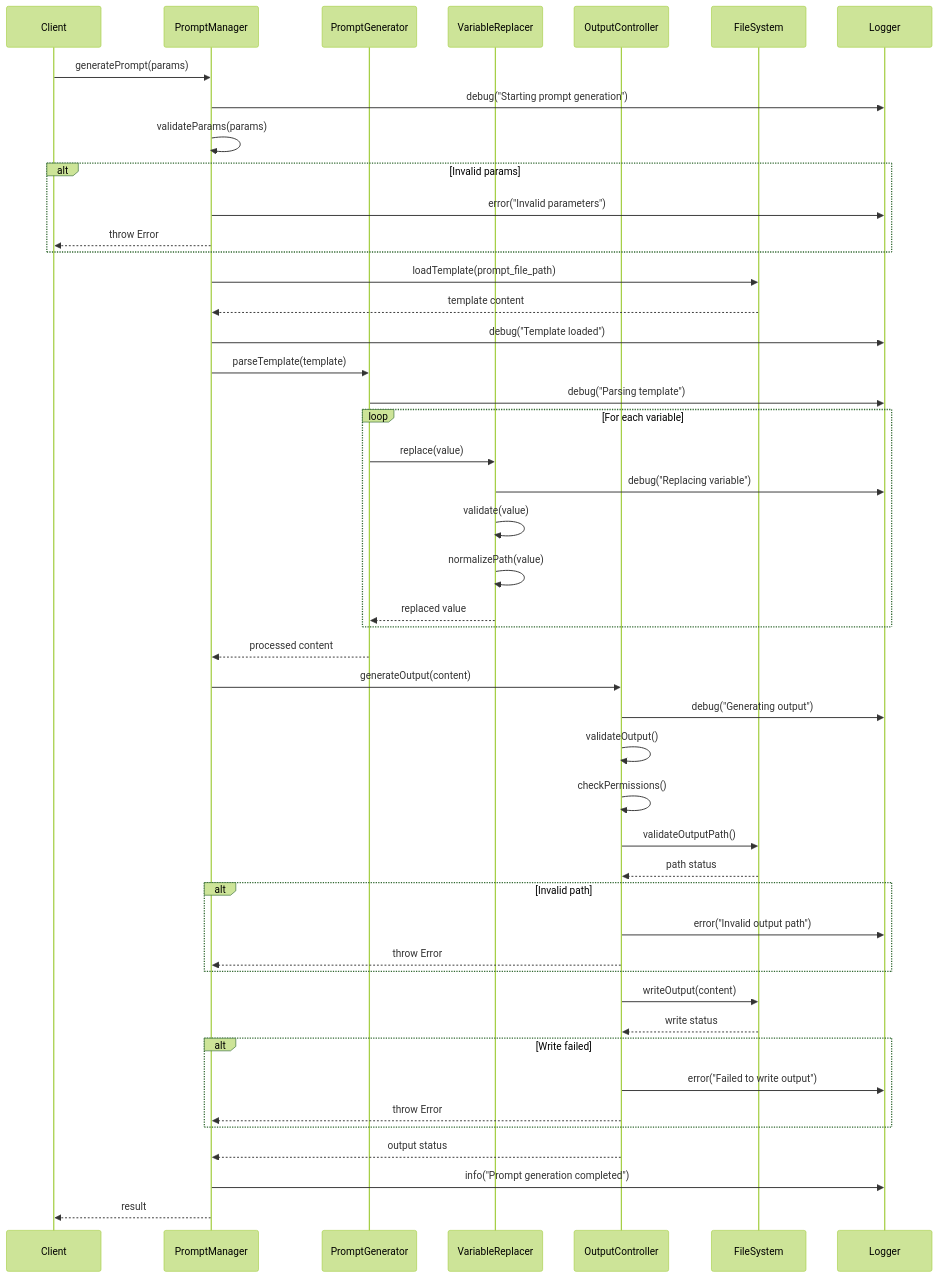
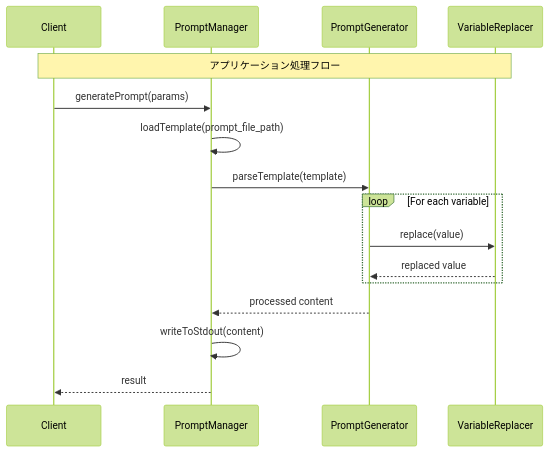
One commit to tettuan/breakdownprompt changed the diagram in docs/uml/sequence.md. Above: the diagram before and after it, drawn with Mermaid (forest theme). The commit also changed 11 other files, not shown here.

Commit message:
refactor: change output to stdout and update UML diagrams - Remove OutputController and move output responsibility to PromptManager - Update class, component, and sequence diagrams - Add writeToStdout method to PromptManager - Remove output-related parameters from PromptParams

````diff
--- a/docs/uml/sequence.md
+++ b/docs/uml/sequence.md
@@ -1,61 +1,21 @@
 ```mermaid
 sequenceDiagram
     participant Client
     participant PromptManager
     participant PromptGenerator
     participant VariableReplacer
-    participant OutputController
-    participant FileSystem
-    participant Logger
 
+    Note over Client,VariableReplacer: アプリケーション処理フロー
     Client->>PromptManager: generatePrompt(params)
-    PromptManager->>Logger: debug("Starting prompt generation")
-    PromptManager->>PromptManager: validateParams(params)
-    
-    alt Invalid params
-        PromptManager->>Logger: error("Invalid parameters")
-        PromptManager-->>Client: throw Error
-    end
-    
-    PromptManager->>FileSystem: loadTemplate(prompt_file_path)
-    FileSystem-->>PromptManager: template content
-    PromptManager->>Logger: debug("Template loaded")
-    
+    PromptManager->>PromptManager: loadTemplate(prompt_file_path)
     PromptManager->>PromptGenerator: parseTemplate(template)
-    PromptGenerator->>Logger: debug("Parsing template")
     
     loop For each variable
         PromptGenerator->>VariableReplacer: replace(value)
-        VariableReplacer->>Logger: debug("Replacing variable")
-        VariableReplacer->>VariableReplacer: validate(value)
-        VariableReplacer->>VariableReplacer: normalizePath(value)
         VariableReplacer-->>PromptGenerator: replaced value
     end
     
     PromptGenerator-->>PromptManager: processed content
-    PromptManager->>OutputController: generateOutput(content)
-    
-    OutputController->>Logger: debug("Generating output")
-    OutputController->>OutputController: validateOutput()
-    OutputController->>OutputController: checkPermissions()
-    
-    OutputController->>FileSystem: validateOutputPath()
-    FileSystem-->>OutputController: path status
-    
-    alt Invalid path
-        OutputController->>Logger: error("Invalid output path")
-        OutputController-->>PromptManager: throw Error
-    end
-    
-    OutputController->>FileSystem: writeOutput(content)
-    FileSystem-->>OutputController: write status
-    
-    alt Write failed
-        OutputController->>Logger: error("Failed to write output")
-        OutputController-->>PromptManager: throw Error
-    end
-    
-    OutputController-->>PromptManager: output status
-    PromptManager->>Logger: info("Prompt generation completed")
+    PromptManager->>PromptManager: writeToStdout(content)
     PromptManager-->>Client: result
 ```
````
